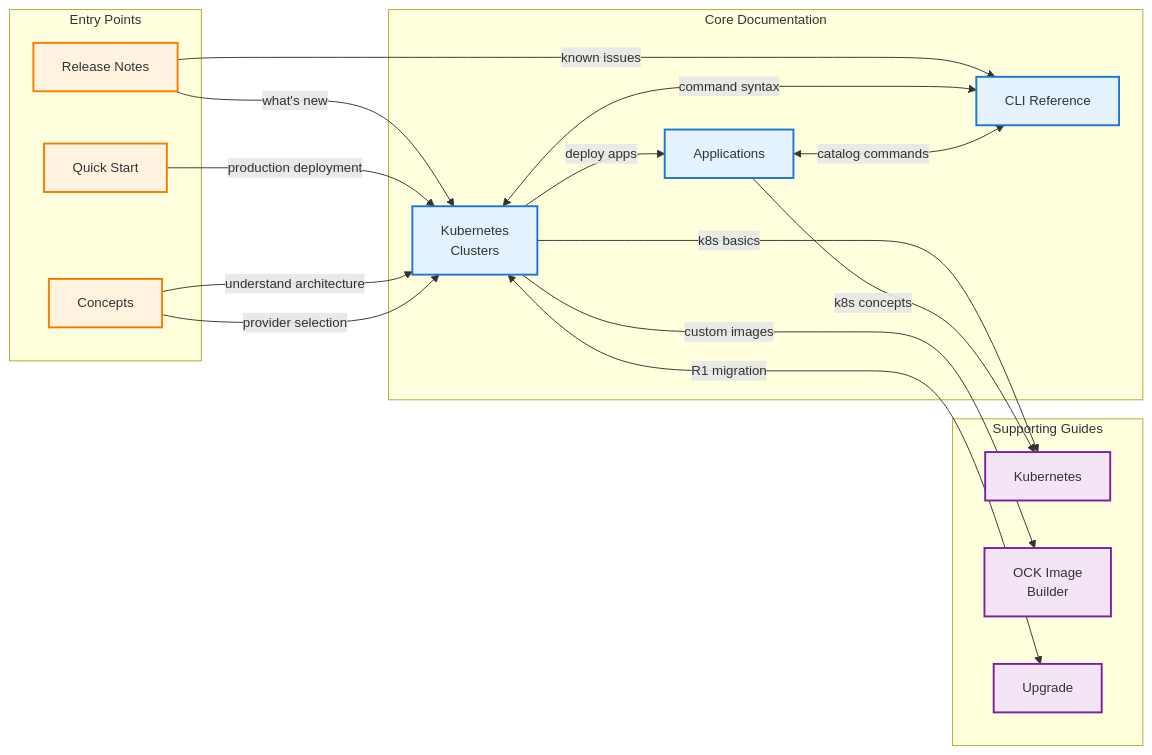
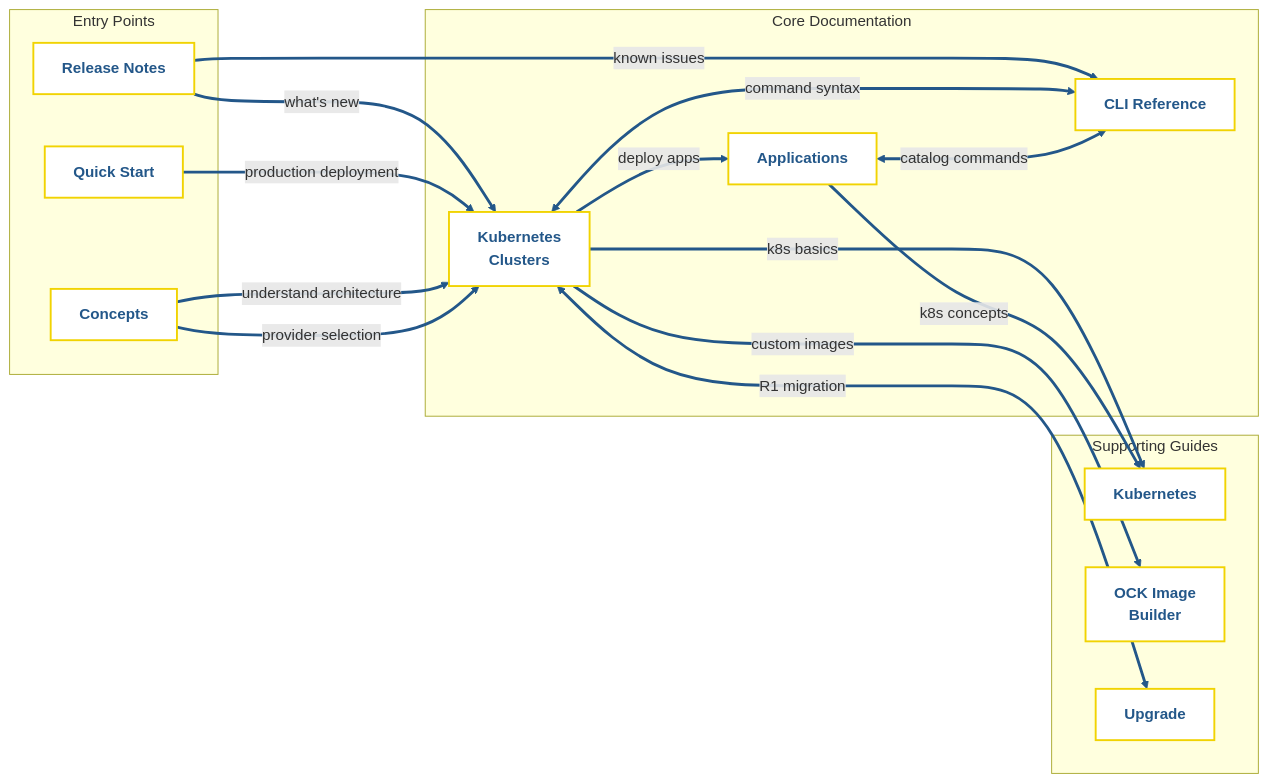
Before and after one commit to alison-holloway/alison-holloway.github.io: the second of 8 diagrams in _portfolio/ocne2_information_architecture.md, drawn with Mermaid. The commit also changed other lines of this file and 3 other files, not shown here.

First line of the commit message:
Add Mermaid diagram formatting system and apply new template styling

````diff
--- a/_portfolio/ocne2_information_architecture.md
+++ b/_portfolio/ocne2_information_architecture.md
@@ -100,51 +80,34 @@
 ```mermaid
-%%{init: {
-  "theme": "default",
-  "themeVariables": {
-    "fontFamily": "sans-serif",
-    "fontSize": "14px"
-  }
-}}%%
 flowchart LR
-    subgraph Entry["Entry Points"]
-        RN["Release Notes"]
-        QS["Quick Start"]
-        CON["Concepts"]
-    end
-
-    subgraph Core["Core Documentation"]
-        KC["Kubernetes<br/>Clusters"]
-        CLI["CLI Reference"]
-        APP["Applications"]
-    end
-
-    subgraph Support["Supporting Guides"]
-        K8S["Kubernetes"]
-        OCK["OCK Image<br/>Builder"]
-        UPG["Upgrade"]
-    end
-
-    RN -->|"what's new"| KC
-    RN -->|"known issues"| CLI
-    QS -->|"production deployment"| KC
-    CON -->|"understand architecture"| KC
-    CON -->|"provider selection"| KC
-
-    KC <-->|"command syntax"| CLI
-    KC -->|"deploy apps"| APP
-    APP <-->|"catalog commands"| CLI
-
-    KC -->|"k8s basics"| K8S
-    KC -->|"custom images"| OCK
-    KC <-->|"R1 migration"| UPG
-
-    APP -->|"k8s concepts"| K8S
-
-    classDef entry fill:#FFF3E0,stroke:#F57C00,stroke-width:2px
-    classDef core fill:#E3F2FD,stroke:#1976D2,stroke-width:2px
-    classDef support fill:#F3E5F5,stroke:#7B1FA2,stroke-width:2px
-
-    class RN,QS,CON entry
-    class KC,CLI,APP core
-    class K8S,OCK,UPG support
+  subgraph Entry["Entry Points"]
+    RN["Release Notes"]
+    QS["Quick Start"]
+    CON["Concepts"]
+  end
+  subgraph Core["Core Documentation"]
+    KC["Kubernetes<br/>Clusters"]
+    CLI["CLI Reference"]
+    APP["Applications"]
+  end
+  subgraph Support["Supporting Guides"]
+    K8S["Kubernetes"]
+    OCK["OCK Image<br/>Builder"]
+    UPG["Upgrade"]
+  end
+  RN -->|"what's new"| KC
+  RN -->|"known issues"| CLI
+  QS -->|"production deployment"| KC
+  CON -->|"understand architecture"| KC
+  CON -->|"provider selection"| KC
+  KC <-->|"command syntax"| CLI
+  KC -->|"deploy apps"| APP
+  APP <-->|"catalog commands"| CLI
+  KC -->|"k8s basics"| K8S
+  KC -->|"custom images"| OCK
+  KC <-->|"R1 migration"| UPG
+  APP -->|"k8s concepts"| K8S
+  classDef chapter fill:#fff,stroke:#F1D302,stroke-width:2px,color:#235789,font-size:16px,font-weight:bold;
+  classDef workflowNode fill:#fff,stroke:#C1292E,stroke-width:2px,color:#235789,font-size:16px,font-weight:bold;
+  class APP,CLI,CON,K8S,KC,OCK,QS,RN,UPG chapter;
+  linkStyle 0,1,2,3,4,5,6,7,8,9,10,11 stroke:#235789,stroke-width:3px;
 ```
````
